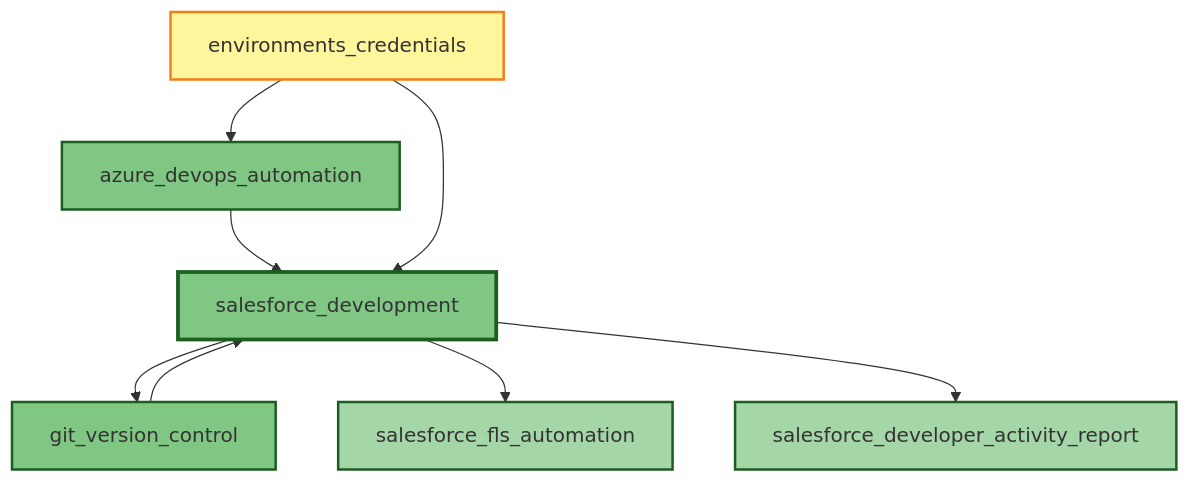
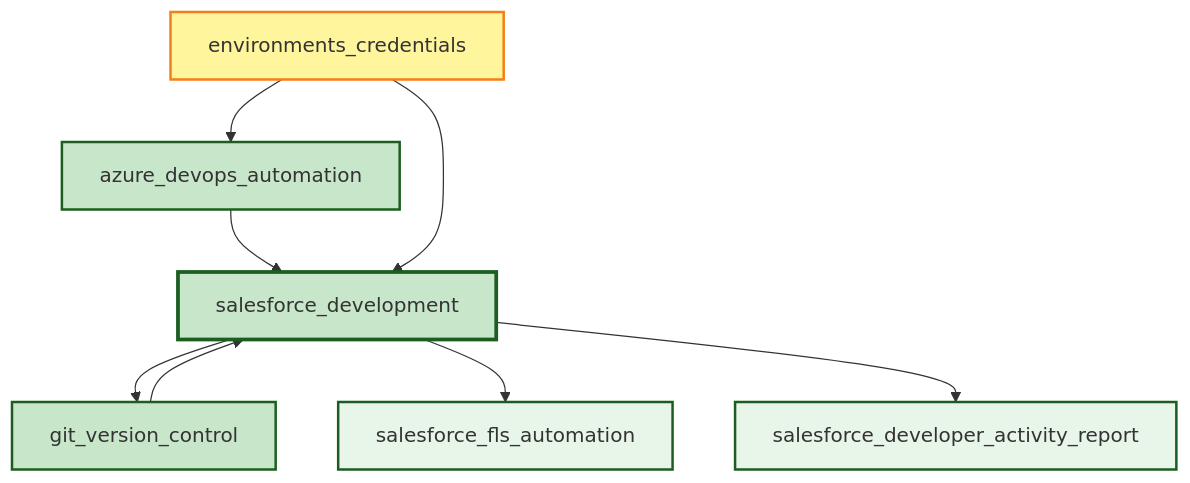
The third of 7 diagrams in SKILLS_DIAGRAM.md (adourish/skills), drawn with Mermaid before and after one commit. The commit also changed other lines of this file and 124 other files, not shown here.

First line of the commit message:
Add 4 new skills with comprehensive mermaid diagrams and update diagrams

````diff
--- a/SKILLS_DIAGRAM.md
+++ b/SKILLS_DIAGRAM.md
@@ -162,29 +162,29 @@
 ```mermaid
 flowchart TD
     %% Development Workflow
     SF[salesforce_development]
     GIT[git_version_control]
     ADO[azure_devops_automation]
     FLS[salesforce_fls_automation]
     ACT[salesforce_developer_activity_report]
     
     %% Workflow
     ADO --> SF
     SF --> GIT
     GIT --> SF
     SF --> FLS
     SF --> ACT
     
     %% Supporting
     EC[environments_credentials]
     EC --> SF
     EC --> ADO
     
     %% Styling
-    style SF fill:#81c784,stroke:#1b5e20,stroke-width:3px
-    style GIT fill:#81c784,stroke:#1b5e20,stroke-width:2px
-    style ADO fill:#81c784,stroke:#1b5e20,stroke-width:2px
-    style FLS fill:#a5d6a7,stroke:#1b5e20,stroke-width:2px
-    style ACT fill:#a5d6a7,stroke:#1b5e20,stroke-width:2px
+    style SF fill:#c8e6c9,stroke:#1b5e20,stroke-width:3px
+    style GIT fill:#c8e6c9,stroke:#1b5e20,stroke-width:2px
+    style ADO fill:#c8e6c9,stroke:#1b5e20,stroke-width:2px
+    style FLS fill:#e8f5e9,stroke:#1b5e20,stroke-width:2px
+    style ACT fill:#e8f5e9,stroke:#1b5e20,stroke-width:2px
     style EC fill:#fff59d,stroke:#f57f17,stroke-width:2px
 ```
````
